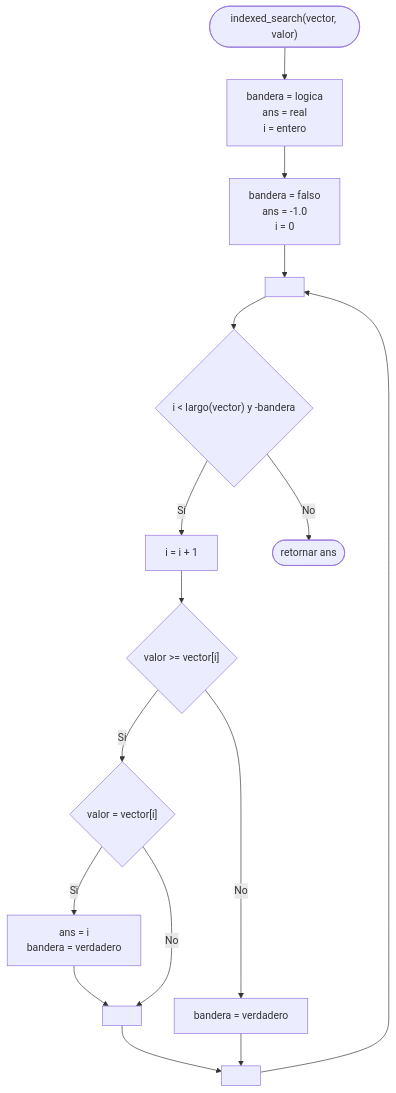
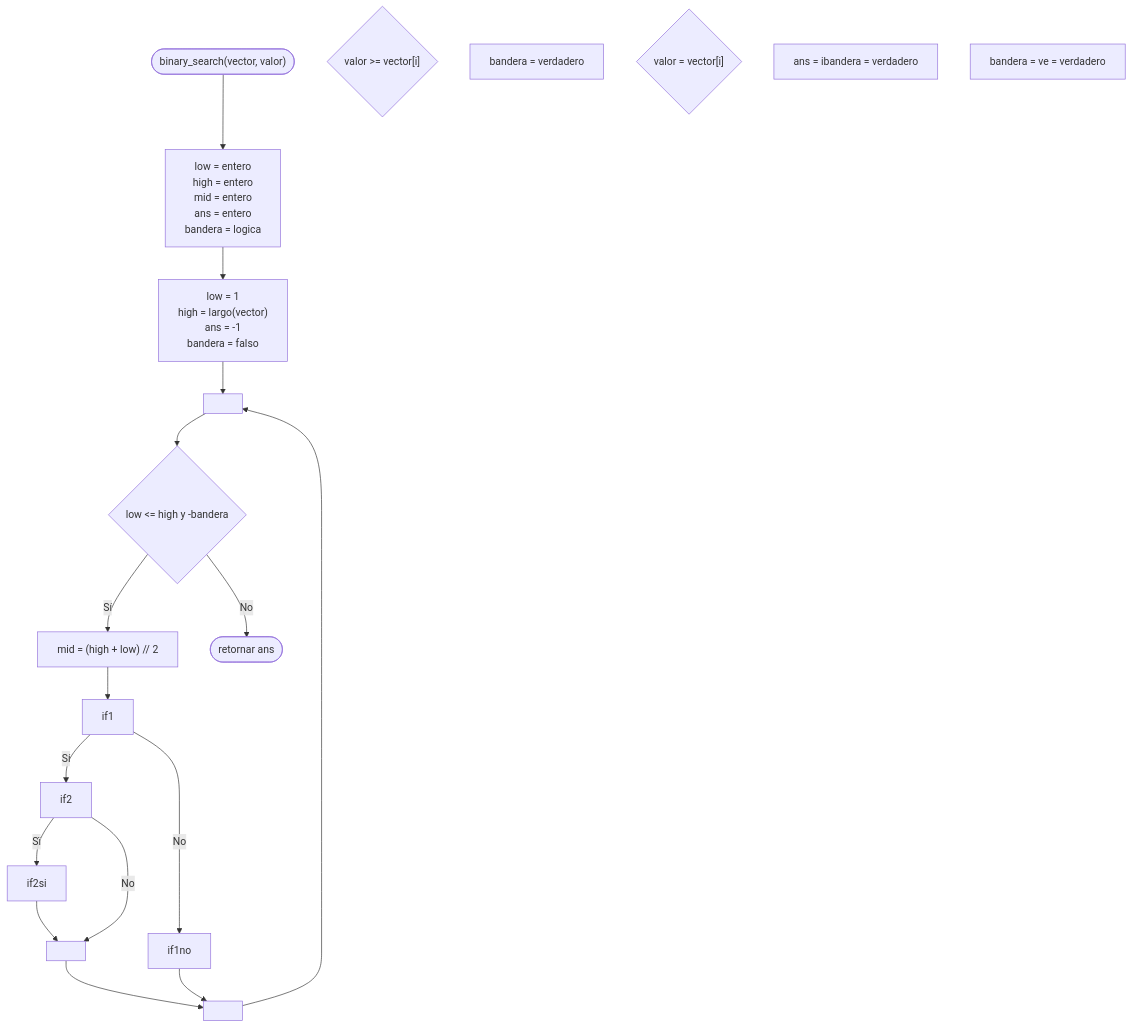
The diagram in Algoritmos y Estructuras de Datos/Búsqueda binaria.md (martinstanicio/ingenieria-en-sistemas), drawn with Mermaid before and after one commit. The commit also changed other lines of this file and 3 other files, not shown here.

````diff
--- a/Algoritmos y Estructuras de Datos/Búsqueda binaria.md
+++ b/Algoritmos y Estructuras de Datos/Búsqueda binaria.md
@@ -23,35 +34,38 @@
 ```mermaid
 flowchart TB
-	comienzo(["indexed_search(vector, valor)"])
+	comienzo(["binary_search(vector, valor)"])
     
-	variables["`bandera = logica
-	ans = real
-	i = entero`"]
+	variables["`low = entero
+    high = entero
+    mid = entero
+    ans = entero
+    bandera = logica`"]
 	
-	inicializar["`bandera = falso
-	ans = -1.0
-	i = 0`"]
+	inicializar["`low = 1
+	high = largo(vector)
+    ans = -1
+    bandera = falso`"]
 	
-	while{"i < largo(vector) y -bandera"}
-	contador["i = i + 1"]
-	if1{"valor >= vector[i]"}
-	if1no["bandera = verdadero"]
-	if2{"valor = vector[i]"}
-	if2si["`ans = i
-	bandera = verdadero`"]
+	while{"low <= high y -bandera"}
+	mid["mid = (high + low) // 2"]
+	if{"valor >= vector[i]"}
+	low["bandera = verdadero"]
+	elif{"valor = vector[i]"}
+	high["ans = ibandera = verdadero"]
+	ans["`bandera = ve = verdadero`"]
 		
 	fin(["retornar ans"])
 	
 	a[" "]
 	b[" "]
 	c[" "]
     
 	comienzo --> variables --> inicializar --> a --> while
-	while -- "Sí" --> contador --> if1
+	while -- "Sí" --> mid --> if1
 	if1 -- "Sí" --> if2
 	if2 -- "Sï" --> if2si --> b
 	if2 -- "No" --> b
 	b --> c
 	if1 -- "No" --> if1no --> c --> a
 	while -- "No" --> fin
 ```
````
